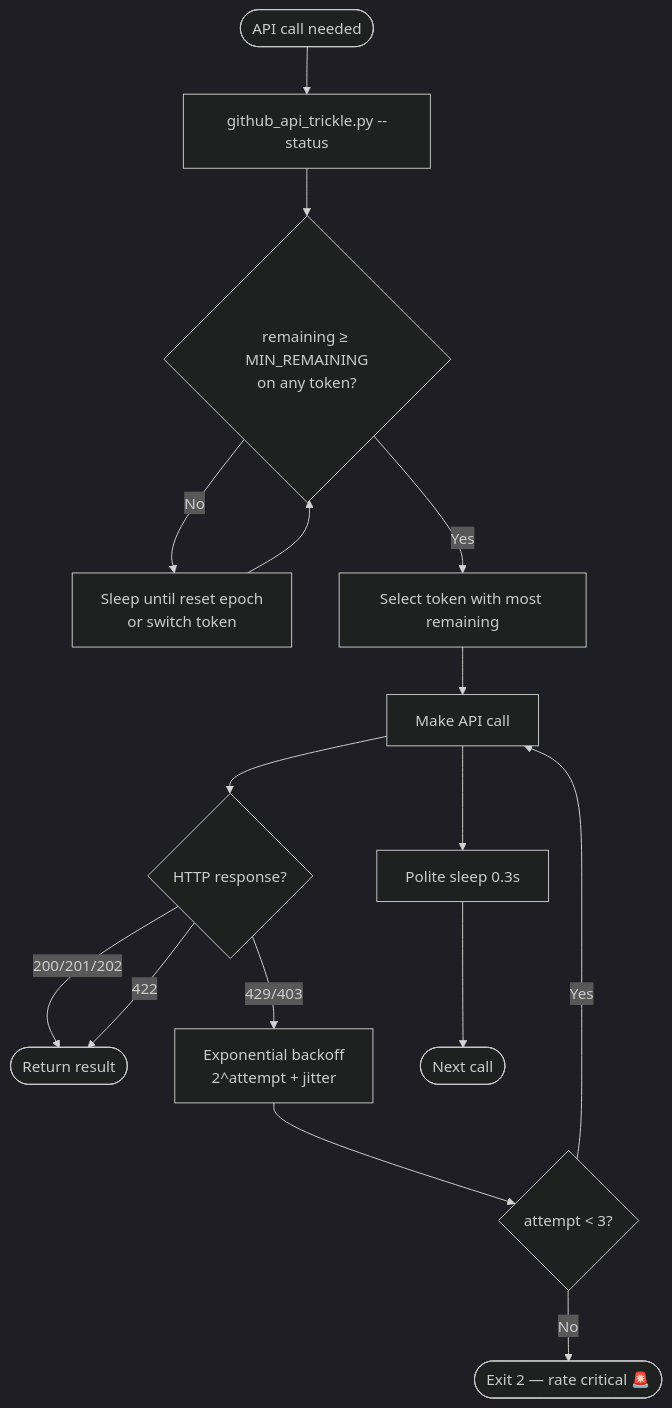
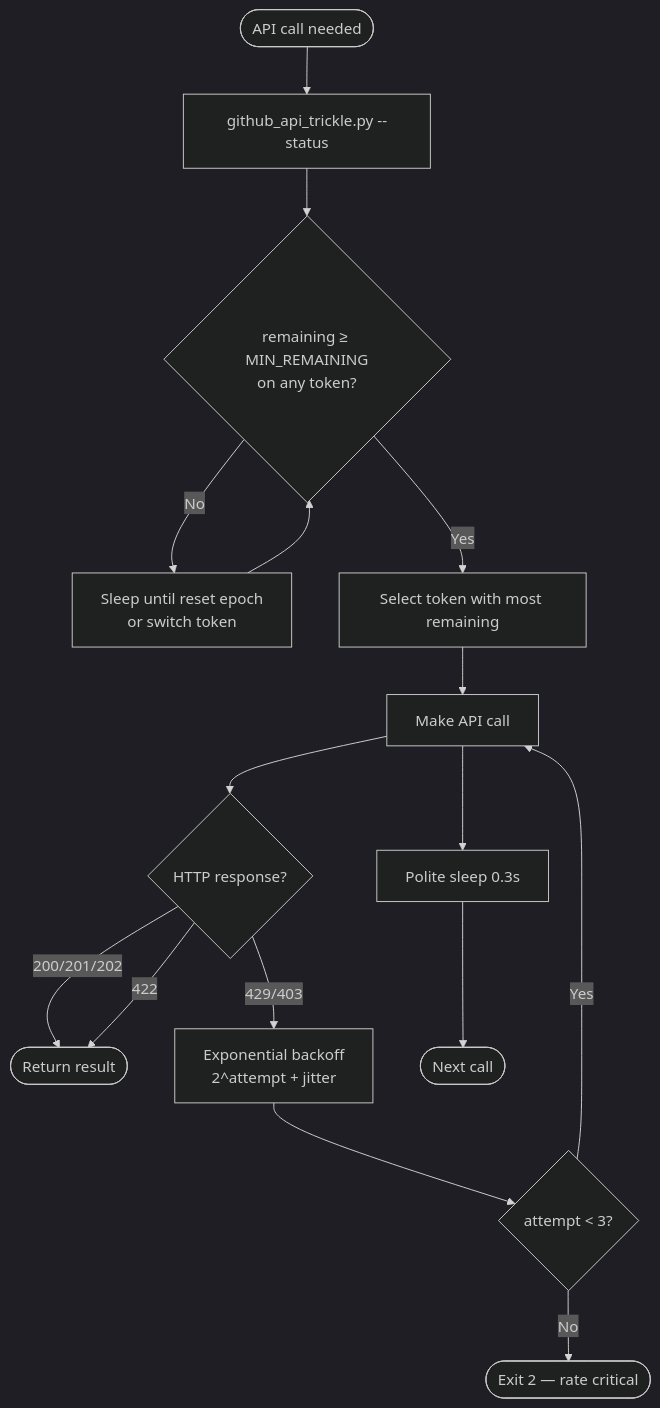
One commit to Aries-Serpent/_codex_ changed the sixth of 7 diagrams in docs/plans/COPILOT_SESSION_HANDOFF_DESIGN.md. Above: the diagram before and after it, drawn with Mermaid (dark theme). The commit also changed other lines of this file and 1989 other files, not shown here.

````diff
--- a/docs/plans/COPILOT_SESSION_HANDOFF_DESIGN.md
+++ b/docs/plans/COPILOT_SESSION_HANDOFF_DESIGN.md
@@ -317,25 +317,25 @@
 ```mermaid
 %%{init: {'accessibility': {'title': 'Flowchart showing API call needed, github_api_trickle.py --status'}}%%
 flowchart TD
     START([API call needed]) --> CHECK[github_api_trickle.py --status]
 
     CHECK --> R1{remaining ≥ MIN_REMAINING\non any token?}
 
     R1 -- No --> WAIT[Sleep until reset epoch\nor switch token]
     WAIT --> R1
 
     R1 -- Yes --> SELECT[Select token with most remaining]
     SELECT --> CALL[Make API call]
 
     CALL --> RESP{HTTP response?}
     RESP -- 200/201/202 --> SUCCESS([Return result ])
     RESP -- 429/403 --> BACKOFF[Exponential backoff\n2^attempt + jitter]
     BACKOFF --> RETRY{attempt < 3?}
     RETRY -- Yes --> CALL
-    RETRY -- No --> FAIL([Exit 2 — rate critical 🚨])
+    RETRY -- No --> FAIL([Exit 2 — rate critical ])
 
     RESP -- 422 --> SUCCESS
 
     CALL --> SLEEP[Polite sleep 0.3s]
     SLEEP --> NEXTCALL([Next call])
 ```
````
